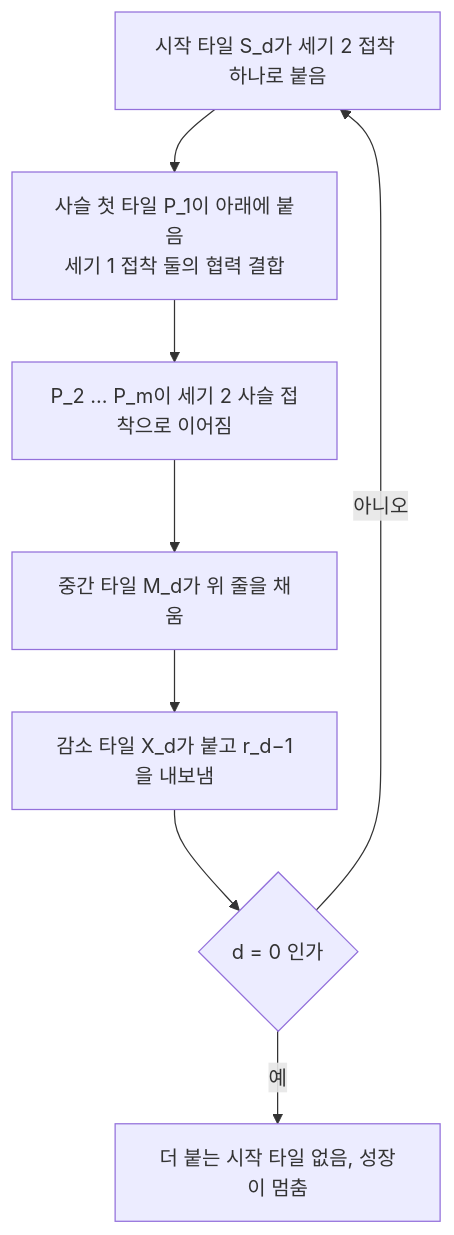
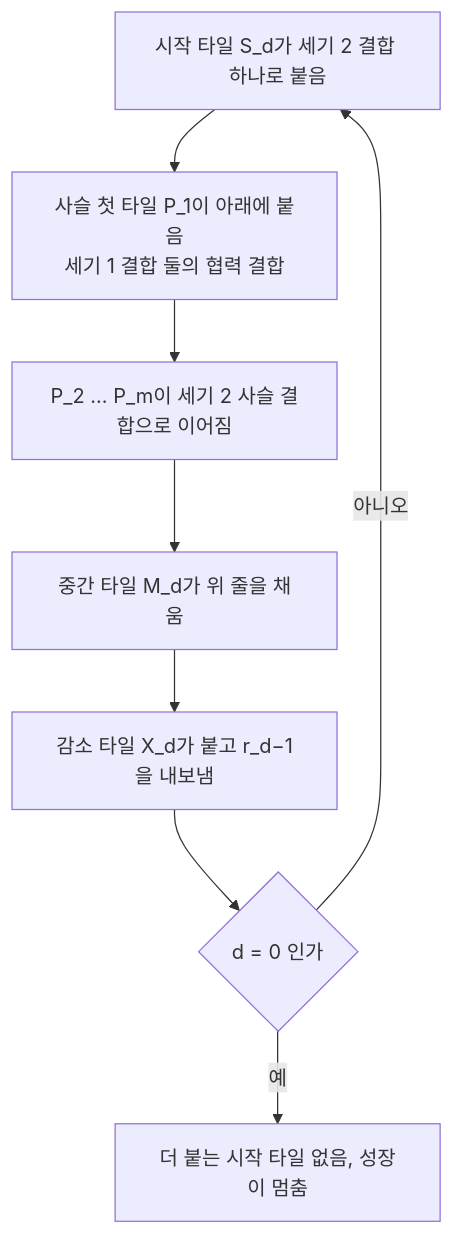
The diagram in tips/Dr_Schwaller_MinTileset/02_possible_solutions.md (intothedeep/project_utrgv_2026_hack_research), drawn with Mermaid before and after one commit. The commit also changed other lines of this file and 3 other files, not shown here.

````diff
--- a/tips/Dr_Schwaller_MinTileset/02_possible_solutions.md
+++ b/tips/Dr_Schwaller_MinTileset/02_possible_solutions.md
@@ -117,10 +128,10 @@
 ```mermaid
 flowchart TD
-  A[시작 타일 S_d가 세기 2 접착 하나로 붙음] --> B[사슬 첫 타일 P_1이 아래에 붙음<br/>세기 1 접착 둘의 협력 결합]
-  B --> C[P_2 ... P_m이 세기 2 사슬 접착으로 이어짐]
+  A[시작 타일 S_d가 세기 2 결합 하나로 붙음] --> B[사슬 첫 타일 P_1이 아래에 붙음<br/>세기 1 결합 둘의 협력 결합]
+  B --> C[P_2 ... P_m이 세기 2 사슬 결합으로 이어짐]
   C --> D[중간 타일 M_d가 위 줄을 채움]
   D --> E[감소 타일 X_d가 붙고 r_d−1을 내보냄]
   E --> F{d = 0 인가}
   F -- 아니오 --> A
   F -- 예 --> G[더 붙는 시작 타일 없음, 성장이 멈춤]
 ```
````
